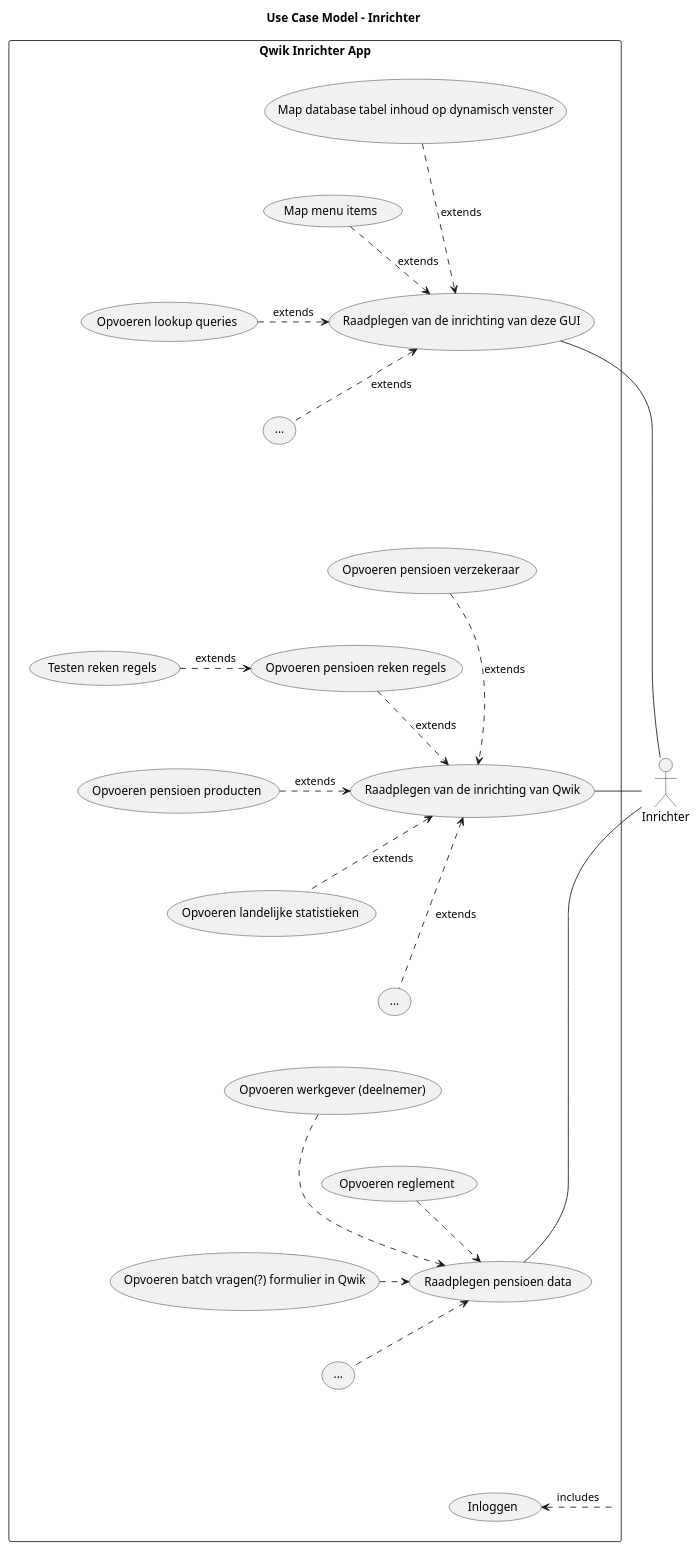
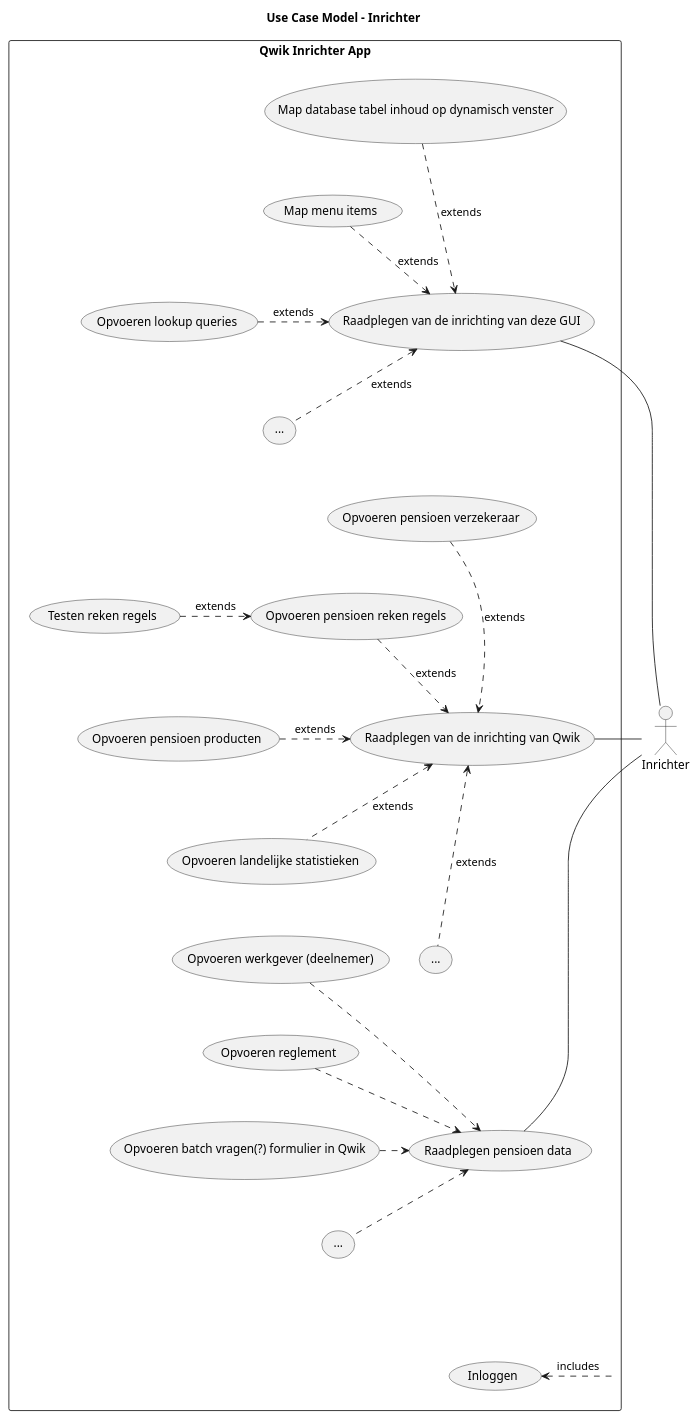
Before and after one commit to nielsdB97/test-deploy-jar: the diagram in src/main/asciidoc/diagrams/use-case-model.puml, drawn with PlantUML. The commit also changed 4 other files, not shown here.

```diff
--- a/src/main/asciidoc/diagrams/use-case-model.puml
+++ b/src/main/asciidoc/diagrams/use-case-model.puml
@@ -1,68 +1,68 @@
 @startuml
 title Use Case Model - Inrichter
 
 actor Inrichter as User
 
 rectangle "Qwik Inrichter App" as App {
     usecase "Raadplegen van de inrichting van deze GUI" as Kern
         usecase "Map database tabel inhoud op dynamisch venster" as MDV
         usecase "Map menu items" as MMI
         usecase "Opvoeren lookup queries" as QRY
         usecase "..." as KETC
     usecase "Raadplegen van de inrichting van Qwik" as Inrichting
         usecase "Opvoeren pensioen verzekeraar" as ORG 
         usecase "Opvoeren pensioen reken regels" as PRR
             usecase "Testen reken regels" as TRR
         usecase "Opvoeren pensioen producten" as PRO
         usecase "Opvoeren landelijke statistieken" as STAT
         usecase "..." as IETC
     usecase "Raadplegen pensioen data" as Data
         usecase "Opvoeren werkgever (deelnemer)" as WG
         usecase "Opvoeren reglement" as REG
         usecase "Opvoeren batch vragen(?) formulier in Qwik" as FORM
         usecase "..." as DETC
     usecase "Inloggen" as AUTH
 
 }
 
 
 User -right- Kern
     MDV .down.> Kern: extends
     MMI .> Kern: extends
     QRY .> Kern: extends
     KETC .up.> Kern: extends
-User --right-- Inrichting
+User ----right---- Inrichting
     ORG .down.> Inrichting: extends
     PRR .down.> Inrichting: extends
         TRR .> PRR: extends
     PRO .> Inrichting: extends
     STAT .up.> Inrichting: extends
     IETC .up.> Inrichting: extends
 User -right- Data
     WG .down.> Data
     REG .right.> Data
     FORM .> Data
     DETC .up.> Data
 
 App .left.> AUTH: includes
 
 'Forceer positionering
 User -[hidden]left- App
-Kern ---[hidden]down--- Inrichting
+Kern ---[hidden]down-- Inrichting
     MDV -[hidden]- MMI
     MMI -[hidden]- QRY
     QRY -[hidden]- KETC
-Inrichting ---[hidden]down--- Data
+Inrichting ---[hidden]down-- Data
     ORG -[hidden]- PRR
     PRR -[hidden]- PRO
     PRO -[hidden]- STAT
     STAT -[hidden]- IETC
 Data --[hidden]down-- AUTH
     WG -[hidden]- REG
     REG -[hidden]- FORM
     FORM -[hidden]- DETC
 '/Forceerd positionering
 
 
 
 @enduml
```
